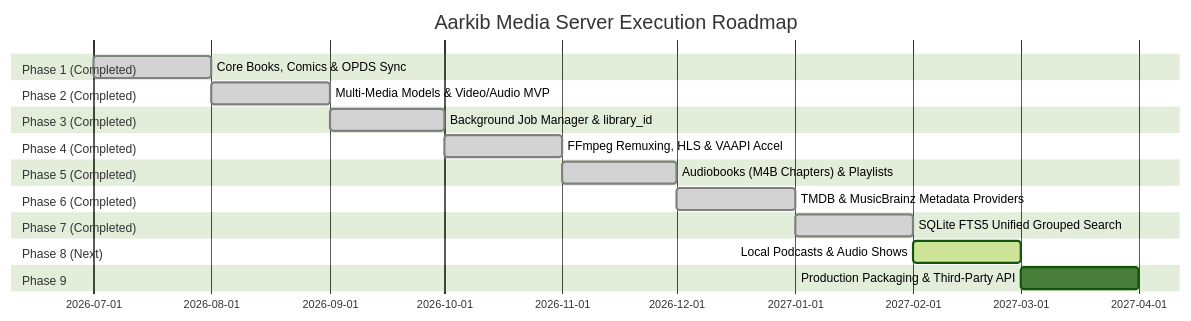
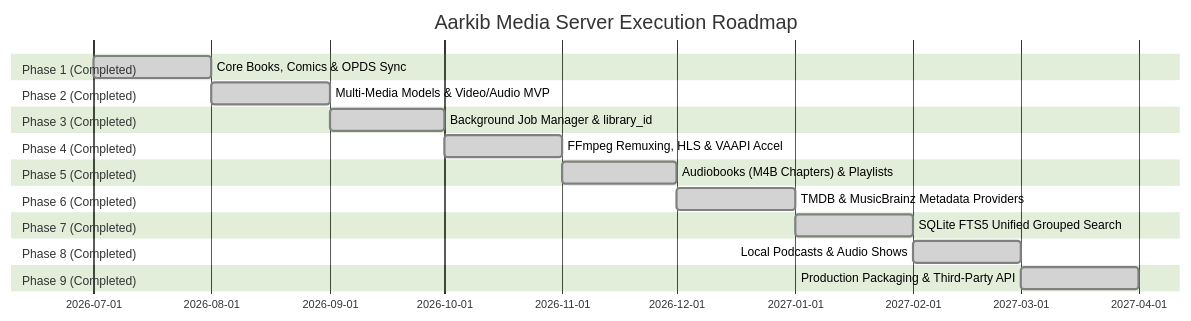
One commit to syfq91/aarkib changed the sixth of 6 diagrams in media_server_execution_plan.md. Above: the diagram before and after it, drawn with Mermaid (forest theme). The commit also changed other lines of this file and 26 other files, not shown here.

First line of the commit message:
feat: implement Phase 8 podcast engine and Phase 9 Subsonic API & production packaging

````diff
--- a/media_server_execution_plan.md
+++ b/media_server_execution_plan.md
@@ -583,23 +583,23 @@
 ```mermaid
 gantt
     title Aarkib Media Server Execution Roadmap
     dateFormat  YYYY-MM
     section Phase 1 (Completed)
     Core Books, Comics & OPDS Sync       :done, p1, 2026-07, 2026-08
     section Phase 2 (Completed)
     Multi-Media Models & Video/Audio MVP :done, p2, 2026-08, 2026-09
     section Phase 3 (Completed)
     Background Job Manager & library_id  :done, p3, 2026-09, 2026-10
     section Phase 4 (Completed)
     FFmpeg Remuxing, HLS & VAAPI Accel   :done, p4, 2026-10, 2026-11
     section Phase 5 (Completed)
     Audiobooks (M4B Chapters) & Playlists:done, p5, 2026-11, 2026-12
     section Phase 6 (Completed)
     TMDB & MusicBrainz Metadata Providers:done, p6, 2026-12, 2027-01
     section Phase 7 (Completed)
     SQLite FTS5 Unified Grouped Search   :done, p7, 2027-01, 2027-02
-    section Phase 8 (Next)
-    Local Podcasts & Audio Shows         :active, p8, 2027-02, 2027-03
-    section Phase 9
-    Production Packaging & Third-Party API:p9, 2027-03, 2027-04
+    section Phase 8 (Completed)
+    Local Podcasts & Audio Shows         :done, p8, 2027-02, 2027-03
+    section Phase 9 (Completed)
+    Production Packaging & Third-Party API:done, p9, 2027-03, 2027-04
 ```
````
